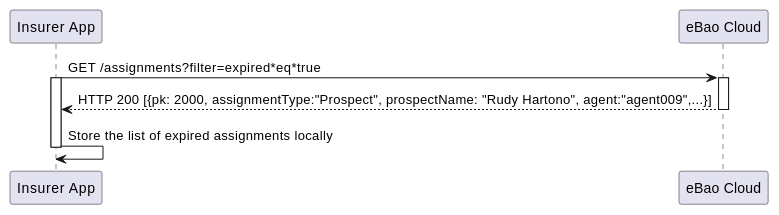
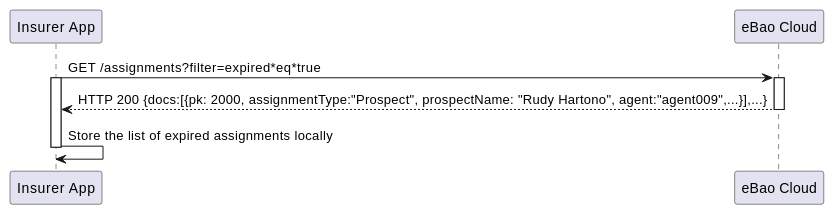
One commit to yitchoong/cloudapi changed the ninth of 9 diagrams in markdown/prospects.md. Above: the diagram before and after it, drawn with PlantUML. The commit also changed other lines of this file and 41 other files, not shown here.

````diff
--- a/markdown/prospects.md
+++ b/markdown/prospects.md
@@ -285,14 +285,14 @@
 ```puml
 
 participant "Insurer App" as ins
 participant "eBao Cloud" as ebao
 
 ins -> ebao : GET /assignments?filter=expired*eq*true
 activate ins
 activate ebao
-ebao --> ins :  HTTP 200 [{pk: 2000, assignmentType:"Prospect", prospectName: "Rudy Hartono", agent:"agent009",...}]
+ebao --> ins :  HTTP 200 {docs:[{pk: 2000, assignmentType:"Prospect", prospectName: "Rudy Hartono", agent:"agent009",...}],...}
 deactivate ebao
 ins -> ins : Store the list of expired assignments locally
 deactivate ins
 
 ```
````
